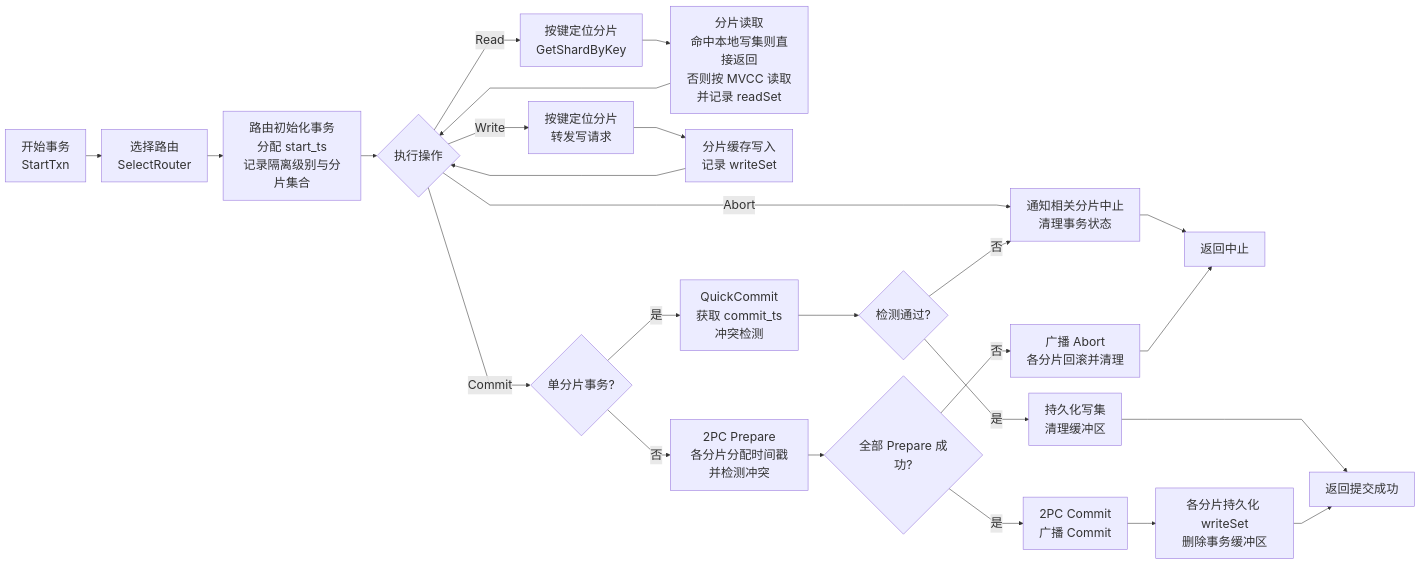
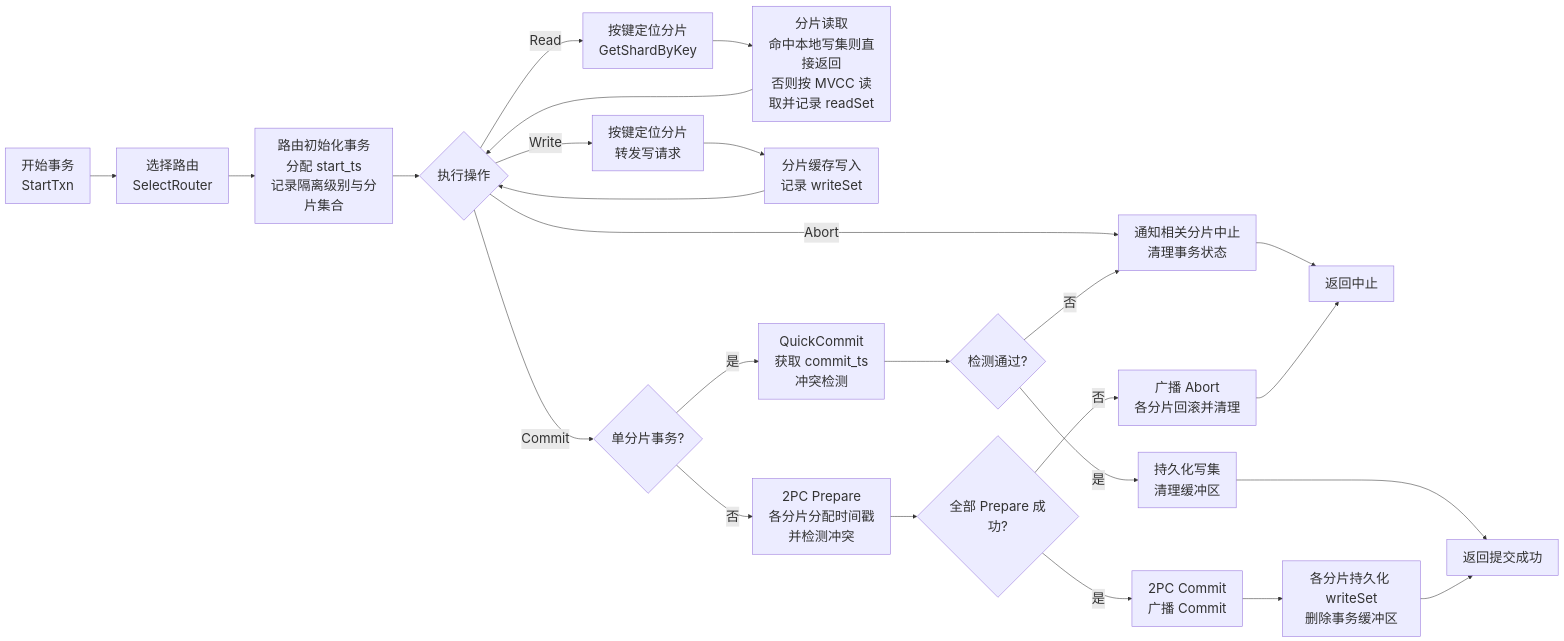
Before and after one commit to ZhangJihua0327/master-thesis: the diagram in figures/mmd/flowchart.mmd, drawn with Mermaid. The commit also changed 10 other files, not shown here.

```diff
--- a/figures/mmd/flowchart.mmd
+++ b/figures/mmd/flowchart.mmd
@@ -1,31 +1,31 @@
-%%{init: {'theme': 'default', 'themeVariables': {'fontSize': '23px', 'noteFontSize': '21px'}, 'flowchart': {'nodeSpacing': 30, 'rankSpacing': 30, 'curve': 'linear'}}}%%
+%%{init: {'theme': 'default', 'themeVariables': {'fontSize': '25px', 'fontFamily': 'sans-serif, Arial', 'actorFontSize': '25px', 'messageFontSize': '25px', 'stateLabelFontSize': '25px', 'classText': '25px', 'noteFontSize': '23px'}, 'flowchart': { 'padding': 15}}}%%
 flowchart LR
     A["开始事务<br/>StartTxn"] --> B["选择路由<br/>SelectRouter"]
     B --> C["路由初始化事务<br/>分配 start_ts<br/>记录隔离级别与分片集合"]
     C --> D{"执行操作"}
 
     D -->|"Read"| E["按键定位分片<br/>GetShardByKey"]
     E --> F["分片读取<br/>命中本地写集则直接返回<br/>否则按 MVCC 读取并记录 readSet"]
     F --> D
 
     D -->|"Write"| G["按键定位分片<br/>转发写请求"]
     G --> H["分片缓存写入<br/>记录 writeSet"]
     H --> D
 
     D -->|"Abort"| I["通知相关分片中止<br/>清理事务状态"]
     I --> J["返回中止"]
 
     D -->|"Commit"| K{"单分片事务?"}
     K -->|"是"| L["QuickCommit<br/>获取 commit_ts<br/>冲突检测"]
     L --> M{"检测通过?"}
     M -->|"否"| I
     M -->|"是"| N["持久化写集<br/>清理缓冲区"]
     N --> O["返回提交成功"]
 
     K -->|"否"| P["2PC Prepare<br/>各分片分配时间戳并检测冲突"]
     P --> Q{"全部 Prepare 成功?"}
     Q -->|"否"| R["广播 Abort<br/>各分片回滚并清理"]
     R --> J
     Q -->|"是"| S["2PC Commit<br/>广播 Commit"]
     S --> T["各分片持久化 writeSet<br/>删除事务缓冲区"]
     T --> O
```
